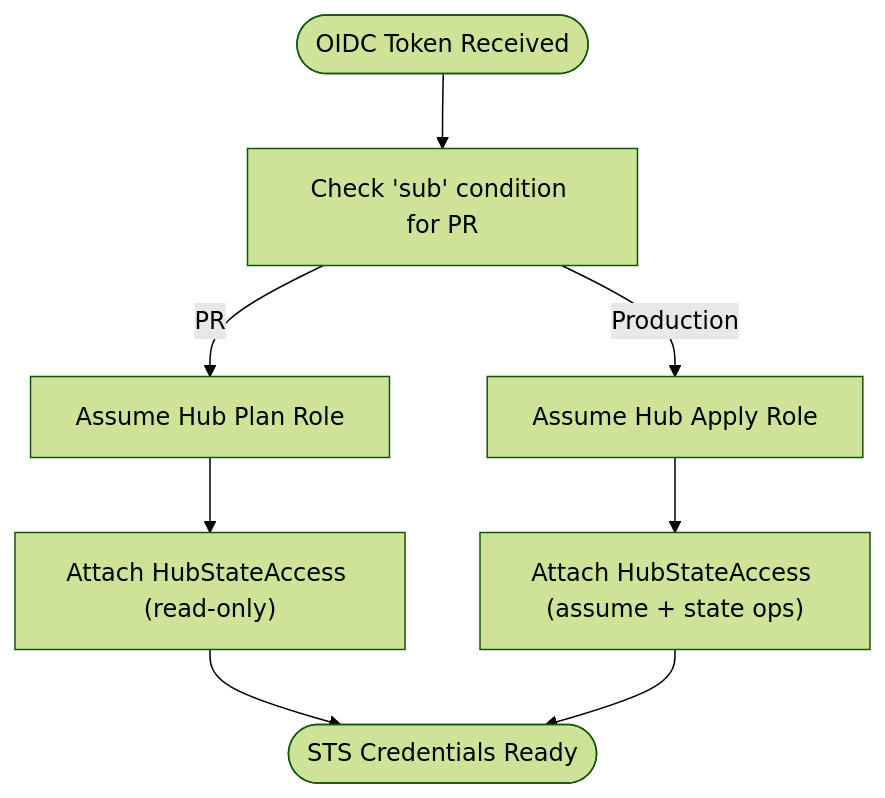
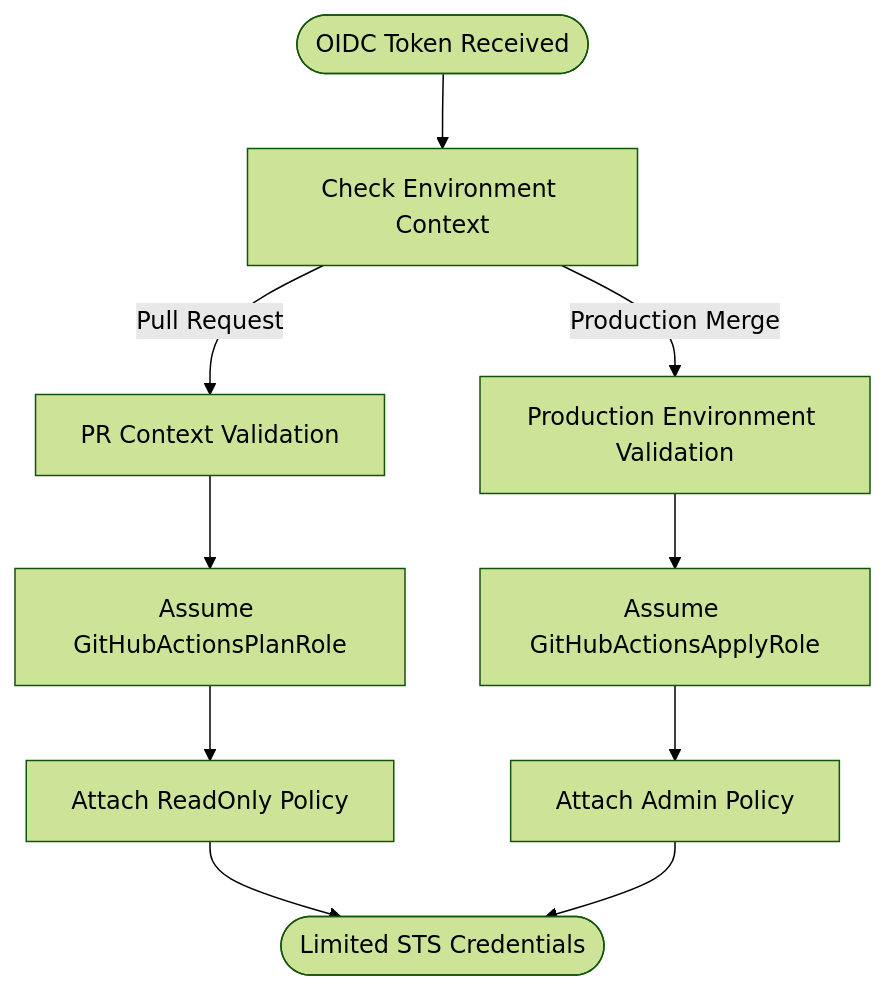
Before and after one commit to AlibabaCloudLandingZone/alibabacloud-landingzone-accelerator-github-demo: the third of 7 diagrams in .qoder/repowiki/en/content/Security Model/Security Model.md, drawn with Mermaid (forest theme). The commit also changed other lines of this file and 104 other files, not shown here.

````diff
--- a/.qoder/repowiki/en/content/Security Model/Security Model.md
+++ b/.qoder/repowiki/en/content/Security Model/Security Model.md
@@ -129,10 +122,12 @@
 ```mermaid
 flowchart TD
-Start(["OIDC Token Received"]) --> CheckRepo["Check 'sub' condition for PR"]
-CheckRepo --> |PR| Plan["Assume Hub Plan Role"]
-CheckRepo --> |Production| Apply["Assume Hub Apply Role"]
-Plan --> PolicyPlan["Attach HubStateAccess (read-only)"]
-Apply --> PolicyApply["Attach HubStateAccess (assume + state ops)"]
-PolicyPlan --> End(["STS Credentials Ready"])
-PolicyApply --> End
+Start(["OIDC Token Received"]) --> CheckEnv["Check Environment Context"]
+CheckEnv --> |Pull Request| PR["PR Context Validation"]
+CheckEnv --> |Production Merge| PROD["Production Environment Validation"]
+PR --> PlanRole["Assume GitHubActionsPlanRole"]
+PROD --> ApplyRole["Assume GitHubActionsApplyRole"]
+PlanRole --> PlanPolicy["Attach ReadOnly Policy"]
+ApplyRole --> ApplyPolicy["Attach Admin Policy"]
+PlanPolicy --> End(["Limited STS Credentials"])
+ApplyPolicy --> End
 ```
````
